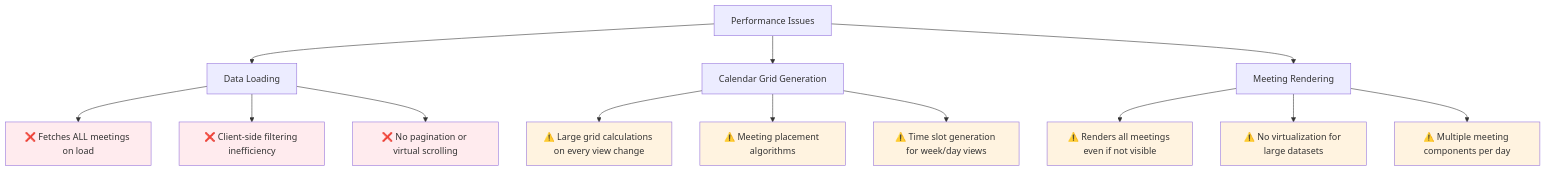
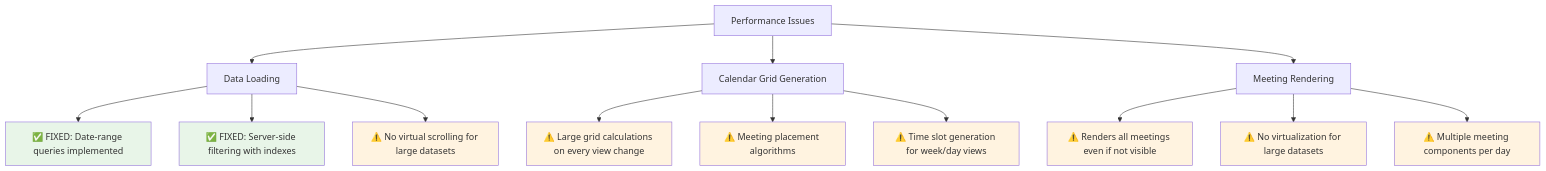
The seventh of 8 diagrams in docs/MEETING_SCHEDULER_IMPLEMENTATION.md (wakidurrahman/meeting-schedule-apps), drawn with Mermaid before and after one commit. The commit also changed other lines of this file, not shown here.

````diff
--- a/docs/MEETING_SCHEDULER_IMPLEMENTATION.md
+++ b/docs/MEETING_SCHEDULER_IMPLEMENTATION.md
@@ -1172,28 +1223,28 @@
 ```mermaid
 graph TD
     A["Performance Issues"] --> B["Data Loading"]
     A --> C["Calendar Grid Generation"]
     A --> D["Meeting Rendering"]
 
-    B --> E["❌ Fetches ALL meetings on load"]
-    B --> F["❌ Client-side filtering inefficiency"]
-    B --> G["❌ No pagination or virtual scrolling"]
+    B --> E["✅ FIXED: Date-range queries implemented"]
+    B --> F["✅ FIXED: Server-side filtering with indexes"]
+    B --> G["⚠️ No virtual scrolling for large datasets"]
 
     C --> H["⚠️ Large grid calculations on every view change"]
     C --> I["⚠️ Meeting placement algorithms"]
     C --> J["⚠️ Time slot generation for week/day views"]
 
     D --> K["⚠️ Renders all meetings even if not visible"]
     D --> L["⚠️ No virtualization for large datasets"]
     D --> M["⚠️ Multiple meeting components per day"]
 
-    style E fill:#ffebee
-    style F fill:#ffebee
-    style G fill:#ffebee
+    style E fill:#e8f5e8
+    style F fill:#e8f5e8
+    style G fill:#fff3e0
     style H fill:#fff3e0
     style I fill:#fff3e0
     style J fill:#fff3e0
     style K fill:#fff3e0
     style L fill:#fff3e0
     style M fill:#fff3e0
 ```
````
